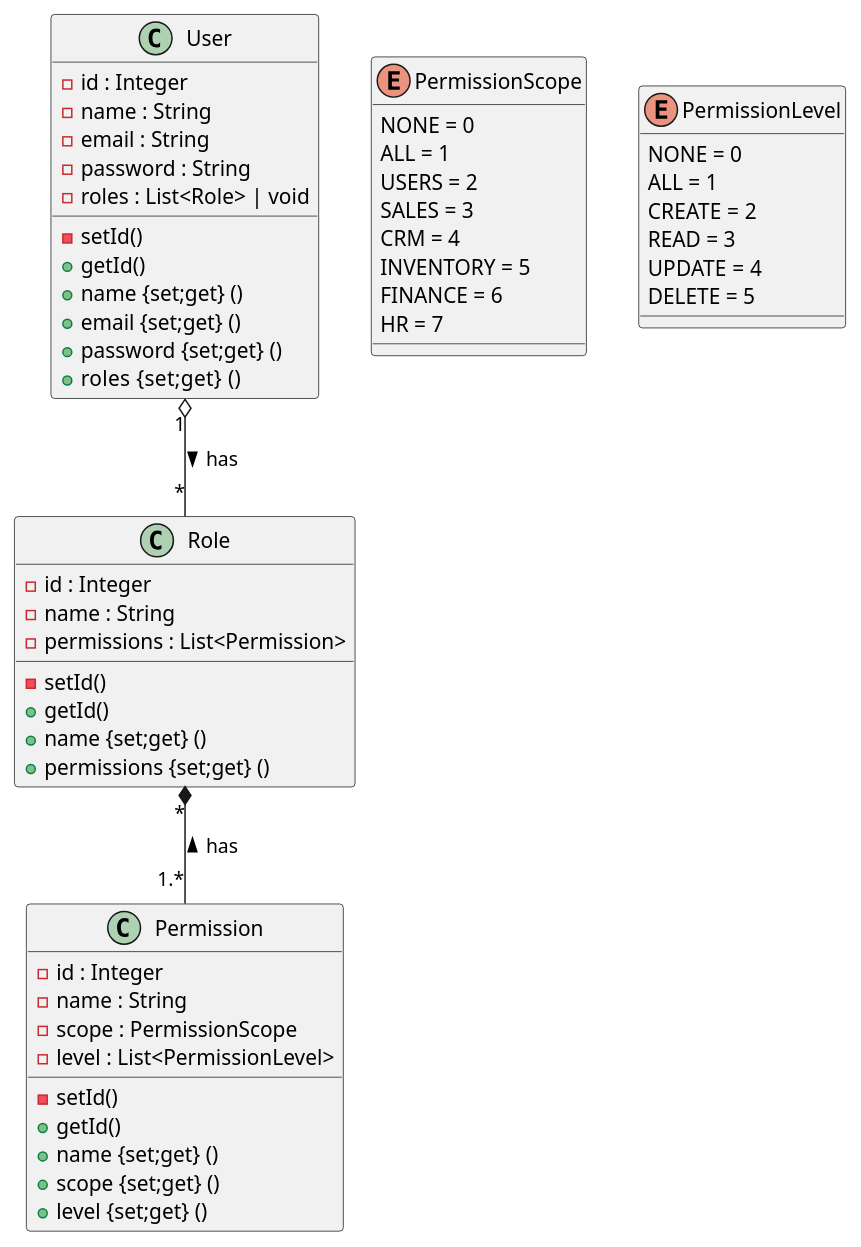
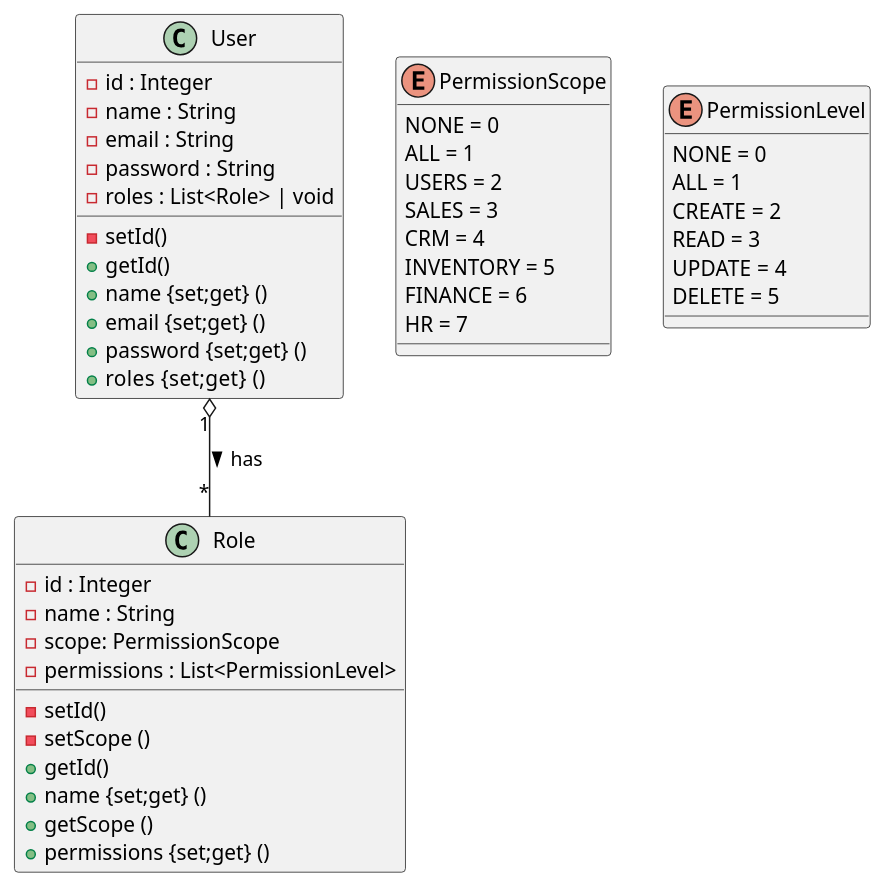
The diagram in Diagrams/2 - Classes/UserCreation.puml (ines-erp/knowledgebase), drawn with PlantUML before and after one commit. The commit also changed 1 other file, not shown here.

Commit message:
Refactoring roles and permissions

```diff
--- a/Diagrams/2 - Classes/UserCreation.puml
+++ b/Diagrams/2 - Classes/UserCreation.puml
@@ -1,77 +1,71 @@
 @startuml
 'https://plantuml.com/class-diagram
 
 class User{
     - id : Integer
     - name : String
     - email : String
     - password : String
     - roles : List<Role> | void
 
     - setId()
     + getId()
     + name {set;get} ()
     + email {set;get} ()
     + password {set;get} ()
     + roles  {set;get} ()
 }
 
 class Role {
     - id : Integer
     - name : String
-    - permissions : List<Permission>
+    - scope: PermissionScope
+    - permissions : List<PermissionLevel>
 
     - setId()
+    - setScope ()
     + getId()
     + name {set;get} ()
+    + getScope ()
     + permissions {set;get} ()
 }
 
-class Permission{
-    - id : Integer
-    - name : String
-    - scope : PermissionScope
-    - level : List<PermissionLevel>
-
-    - setId()
-    + getId()
-    + name {set;get} ()
-    + scope {set;get} ()
-    + level {set;get} ()
-}
-
-'class Profile{
+'class Permission{
+'    - id : Integer
+'    - name : String
+''    - scope : PermissionScope
+'    - level : List<PermissionLevel>
 '
+'    - setId()
+'    + getId()
+'    + name {set;get} ()
+''    + scope {set;get} ()
+'    + level {set;get} ()
 '}
-'
-'class Address
-'
-'
-'class Notification
 
 
 User "1"  o-- "*" Role : > has
-Role "*" *-- "1.*" Permission : < has
+'Role "*" *-- "1.*" Permission : < has
 
 
 enum PermissionScope{
     NONE = 0
     ALL = 1
     USERS = 2
     SALES = 3
     CRM = 4
     INVENTORY = 5
     FINANCE = 6
     HR = 7
 }
 
 enum PermissionLevel{
     NONE = 0
     ALL = 1
     CREATE = 2
     READ = 3
     UPDATE = 4
     DELETE = 5
 }
 
 @enduml
```
